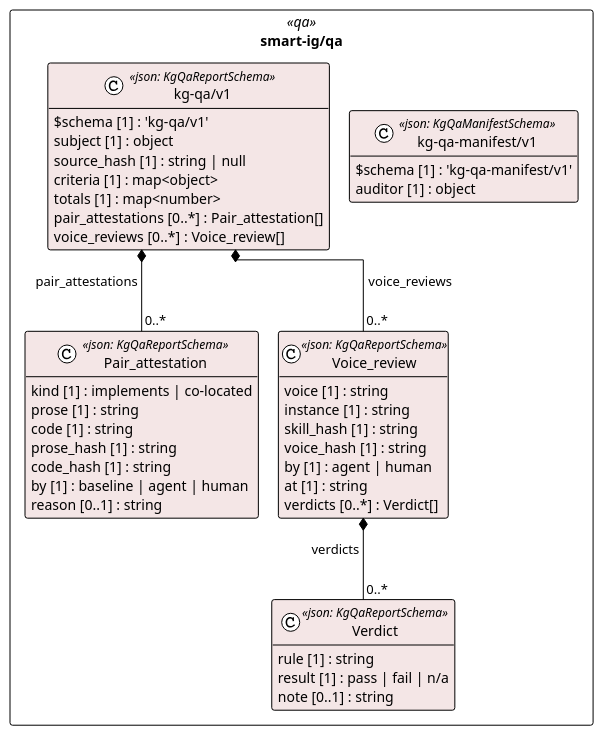
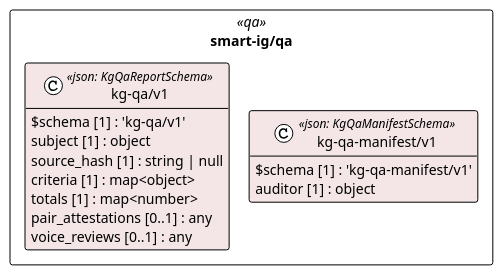
Before and after one commit to litlfred/folio-assistant: the diagram in cat-harness/uml/overview/smart-ig/qa.puml, drawn with PlantUML. The commit also changed 234 other files, not shown here.

```diff
--- a/cat-harness/uml/overview/smart-ig/qa.puml
+++ b/cat-harness/uml/overview/smart-ig/qa.puml
@@ -3,51 +3,25 @@
 @startuml smart_ig_qa
 !pragma layout elk
 !theme plain
 skinparam classAttributeIconSize 0
 skinparam shadowing false
 skinparam packageStyle rectangle
 hide empty methods
 
 package "smart-ig/qa" as pkg_smart_ig_qa <<qa>> {
-  class "Pair_attestation" as smart_ig_qa_kg_qa_v1_Pair_attestation <<json: KgQaReportSchema>> #f4e6e6 {
-    kind [1] : implements | co-located
-    prose [1] : string
-    code [1] : string
-    prose_hash [1] : string
-    code_hash [1] : string
-    by [1] : baseline | agent | human
-    reason [0..1] : string
-  }
-  class "Verdict" as smart_ig_qa_kg_qa_v1_Verdict <<json: KgQaReportSchema>> #f4e6e6 {
-    rule [1] : string
-    result [1] : pass | fail | n/a
-    note [0..1] : string
-  }
-  class "Voice_review" as smart_ig_qa_kg_qa_v1_Voice_review <<json: KgQaReportSchema>> #f4e6e6 {
-    voice [1] : string
-    instance [1] : string
-    skill_hash [1] : string
-    voice_hash [1] : string
-    by [1] : agent | human
-    at [1] : string
-    verdicts [0..*] : Verdict[]
-  }
   class "kg-qa/v1" as smart_ig_qa_kg_qa_v1_kg_qa_v1 <<json: KgQaReportSchema>> #f4e6e6 {
     $schema [1] : 'kg-qa/v1'
     subject [1] : object
     source_hash [1] : string | null
     criteria [1] : map<object>
     totals [1] : map<number>
-    pair_attestations [0..*] : Pair_attestation[]
-    voice_reviews [0..*] : Voice_review[]
+    pair_attestations [0..1] : any
+    voice_reviews [0..1] : any
   }
   class "kg-qa-manifest/v1" as smart_ig_qa_kg_qa_manifest_v1_kg_qa_manifest_v1 <<json: KgQaManifestSchema>> #f4e6e6 {
     $schema [1] : 'kg-qa-manifest/v1'
     auditor [1] : object
   }
 }
 
-smart_ig_qa_kg_qa_v1_kg_qa_v1 *-- "0..*" smart_ig_qa_kg_qa_v1_Pair_attestation : pair_attestations
-smart_ig_qa_kg_qa_v1_Voice_review *-- "0..*" smart_ig_qa_kg_qa_v1_Verdict : verdicts
-smart_ig_qa_kg_qa_v1_kg_qa_v1 *-- "0..*" smart_ig_qa_kg_qa_v1_Voice_review : voice_reviews
 @enduml
```
